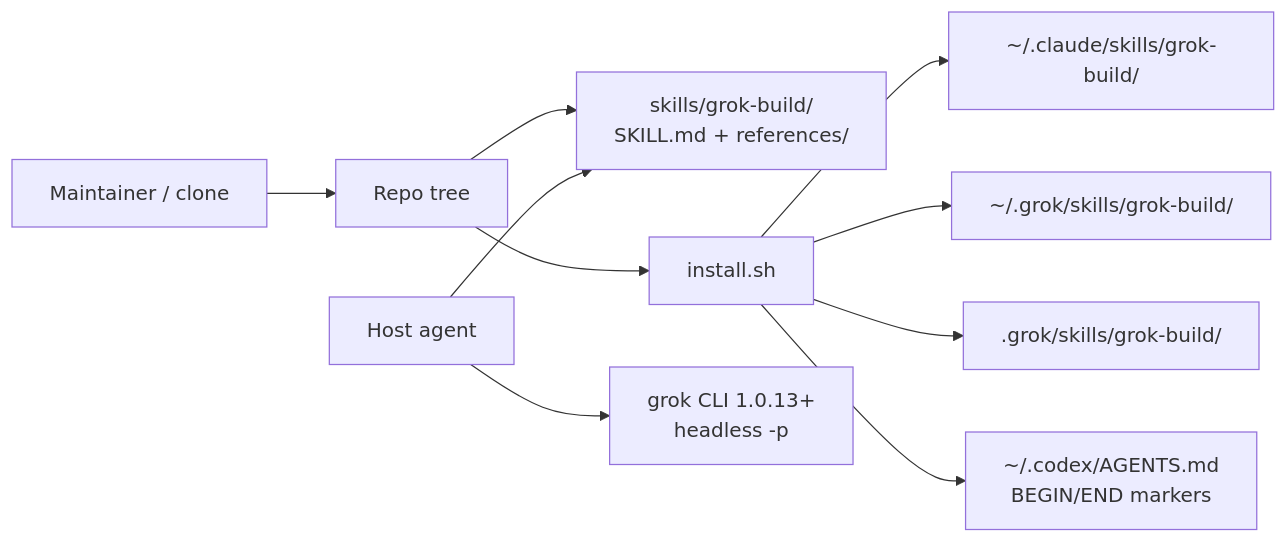
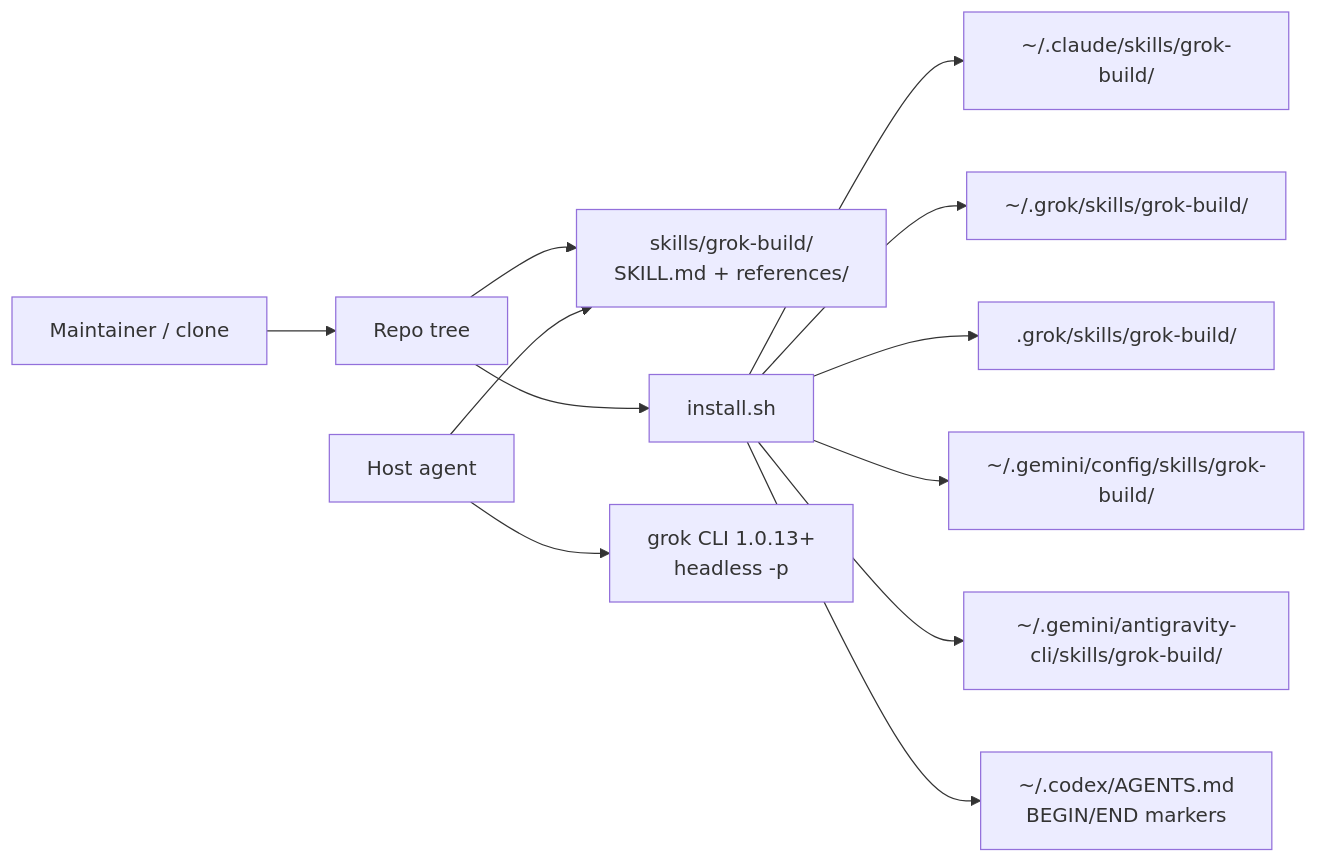
Before and after one commit to pedroknigge/grok-build-skill: the diagram in docs/architecture.md, drawn with Mermaid. The commit also changed other lines of this file and 18 other files, not shown here.

````diff
--- a/docs/architecture.md
+++ b/docs/architecture.md
@@ -13,12 +13,14 @@
 ```mermaid
 flowchart LR
   Maintainer[Maintainer / clone] --> Tree[Repo tree]
   Tree --> SkillDir["skills/grok-build/\nSKILL.md + references/"]
   Tree --> Installer[install.sh]
   Installer --> Claude["~/.claude/skills/grok-build/"]
   Installer --> GrokUser["~/.grok/skills/grok-build/"]
   Installer --> Proj[".grok/skills/grok-build/"]
+  Installer --> AgyGlobal["~/.gemini/config/skills/grok-build/"]
+  Installer --> AgyCli["~/.gemini/antigravity-cli/skills/grok-build/"]
   Installer --> Codex["~/.codex/AGENTS.md\nBEGIN/END markers"]
   Host[Host agent] --> SkillDir
   Host --> GrokBin["grok CLI 1.0.13+\nheadless -p"]
 ```
````
